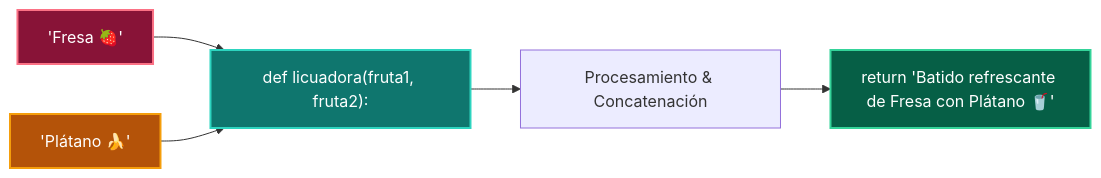
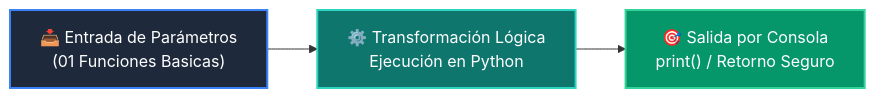
Before and after one commit to wisrovi/wisrovi-python: the diagram in 01-fundamentos-python/clase-07-funciones/ejemplos/ejemplo_01_funciones_basicas/README.md, drawn with Mermaid. The commit also changed other lines of this file and 226 other files, not shown here.

Commit message:
docs: elevate all repository READMEs to world-class mastery standard with rich pedagogical architecture, custom Mermaids, and professional styling

````diff
--- a/01-fundamentos-python/clase-07-funciones/ejemplos/ejemplo_01_funciones_basicas/README.md
+++ b/01-fundamentos-python/clase-07-funciones/ejemplos/ejemplo_01_funciones_basicas/README.md
@@ -12,12 +19,9 @@
 ```mermaid
 flowchart LR
-    IN1["'Fresa 🍓'"] --> BLEND["def licuadora(fruta1, fruta2):"]
-    IN2["'Plátano 🍌'"] --> BLEND
-    BLEND --> PROC["Procesamiento & Concatenación"]
-    PROC --> OUT["return 'Batido refrescante de Fresa con Plátano 🥤'"]
+    A["📥 Entrada de Parámetros<br/>(01 Funciones Basicas)"] --> B["⚙️ Transformación Lógica<br/>Ejecución en Python"]
+    B --> C["🎯 Salida por Consola<br/>print() / Retorno Seguro"]
 
-    style IN1 fill:#881337,color:#fff,stroke:#fb7185,stroke-width:2px
-    style IN2 fill:#b45309,color:#fff,stroke:#f59e0b,stroke-width:2px
-    style BLEND fill:#0f766e,color:#fff,stroke:#2dd4bf,stroke-width:2px
-    style OUT fill:#065f46,color:#fff,stroke:#34d399,stroke-width:2px
+    style A fill:#1e293b,color:#ffffff,stroke:#3b82f6,stroke-width:2px
+    style B fill:#0f766e,color:#ffffff,stroke:#2dd4bf,stroke-width:2px
+    style C fill:#059669,color:#ffffff,stroke:#34d399,stroke-width:2px
 ```
````
